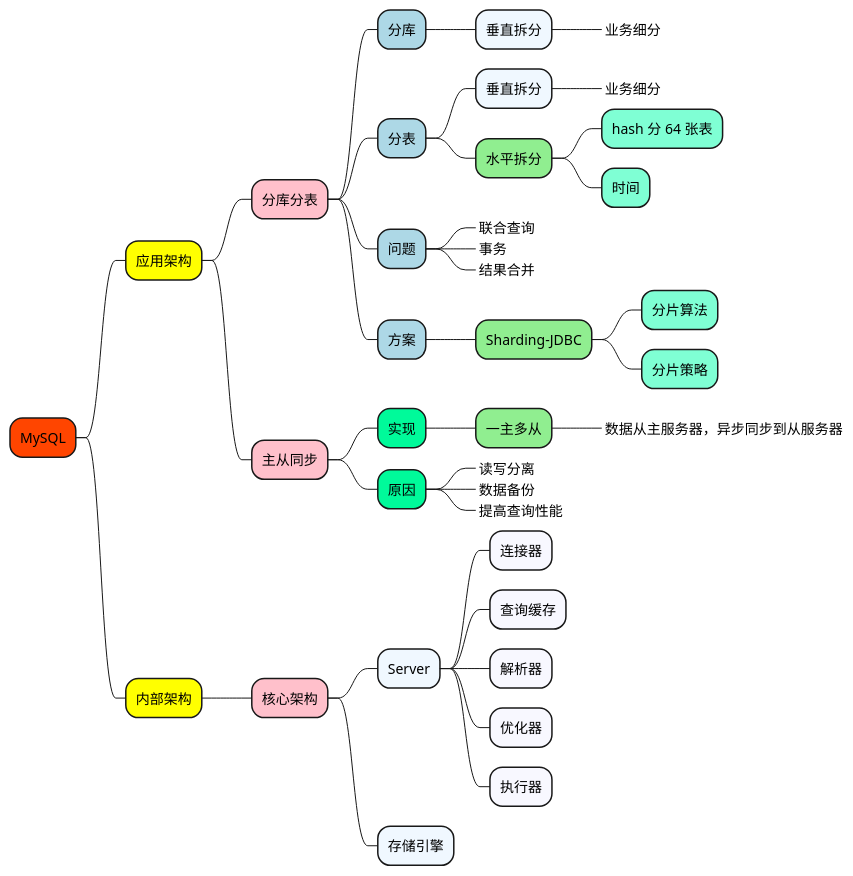
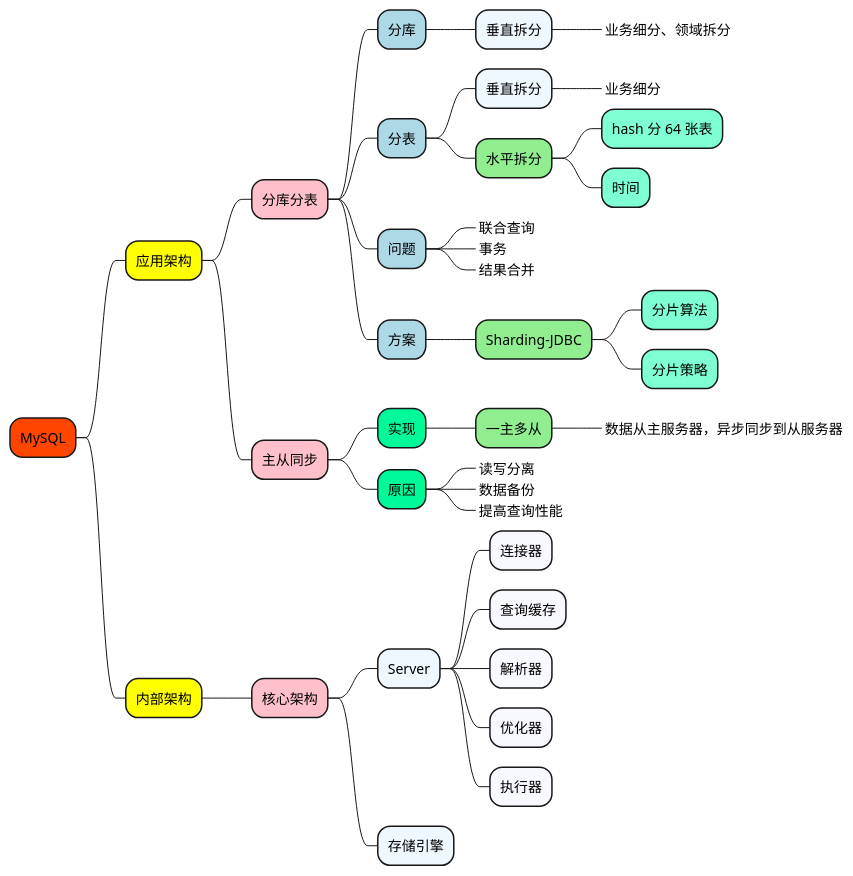
One commit to doveg/self-cultivation-of-a-software-engineer changed the diagram in 1_map/database/MySQL-架构.puml. Above: the diagram before and after it, drawn with PlantUML. The commit also changed 3 other files, not shown here.

```diff
--- a/1_map/database/MySQL-架构.puml
+++ b/1_map/database/MySQL-架构.puml
@@ -1,52 +1,52 @@
 @startmindmap
 
 +[#OrangeRed] MySQL
 
 ++[#yellow] 应用架构
 
 +++[#Pink] 分库分表
 ++++[#LightBlue] 分库
 +++++[#AliceBlue] 垂直拆分
-++++++[#Aquamarine]_ 业务细分
+++++++[#Aquamarine]_ 业务细分、领域拆分
 
 ++++[#LightBlue] 分表
 +++++[#AliceBlue] 垂直拆分
 ++++++[#Aquamarine]_ 业务细分
 
 +++++[#LightGreen] 水平拆分
 ++++++[#Aquamarine] hash 分 64 张表
 ++++++[#Aquamarine] 时间
 
 ++++[#LightBlue] 问题
 +++++[#AliceBlue]_ 联合查询
 +++++[#AliceBlue]_ 事务
 +++++[#AliceBlue]_ 结果合并
 
 ++++[#LightBlue] 方案
 +++++[#LightGreen] Sharding-JDBC
 ++++++[#Aquamarine] 分片算法
 ++++++[#Aquamarine] 分片策略
 
 +++[#Pink] 主从同步
 ++++[#MediumSpringGreen] 实现
 +++++[#LightGreen] 一主多从
 ++++++[#LightGreen]_ 数据从主服务器，异步同步到从服务器
 ++++[#MediumSpringGreen] 原因
 +++++[#GhostWhite]_ 读写分离
 +++++[#GhostWhite]_ 数据备份
 +++++[#GhostWhite]_ 提高查询性能
 
 
 ++[#yellow] 内部架构
 
 +++[#Pink] 核心架构
 ++++[#AliceBlue] Server
 +++++[#GhostWhite] 连接器
 +++++[#GhostWhite] 查询缓存
 +++++[#GhostWhite] 解析器
 +++++[#GhostWhite] 优化器
 +++++[#GhostWhite] 执行器
 ++++[#AliceBlue] 存储引擎
 
 
 @endmindmap
```
